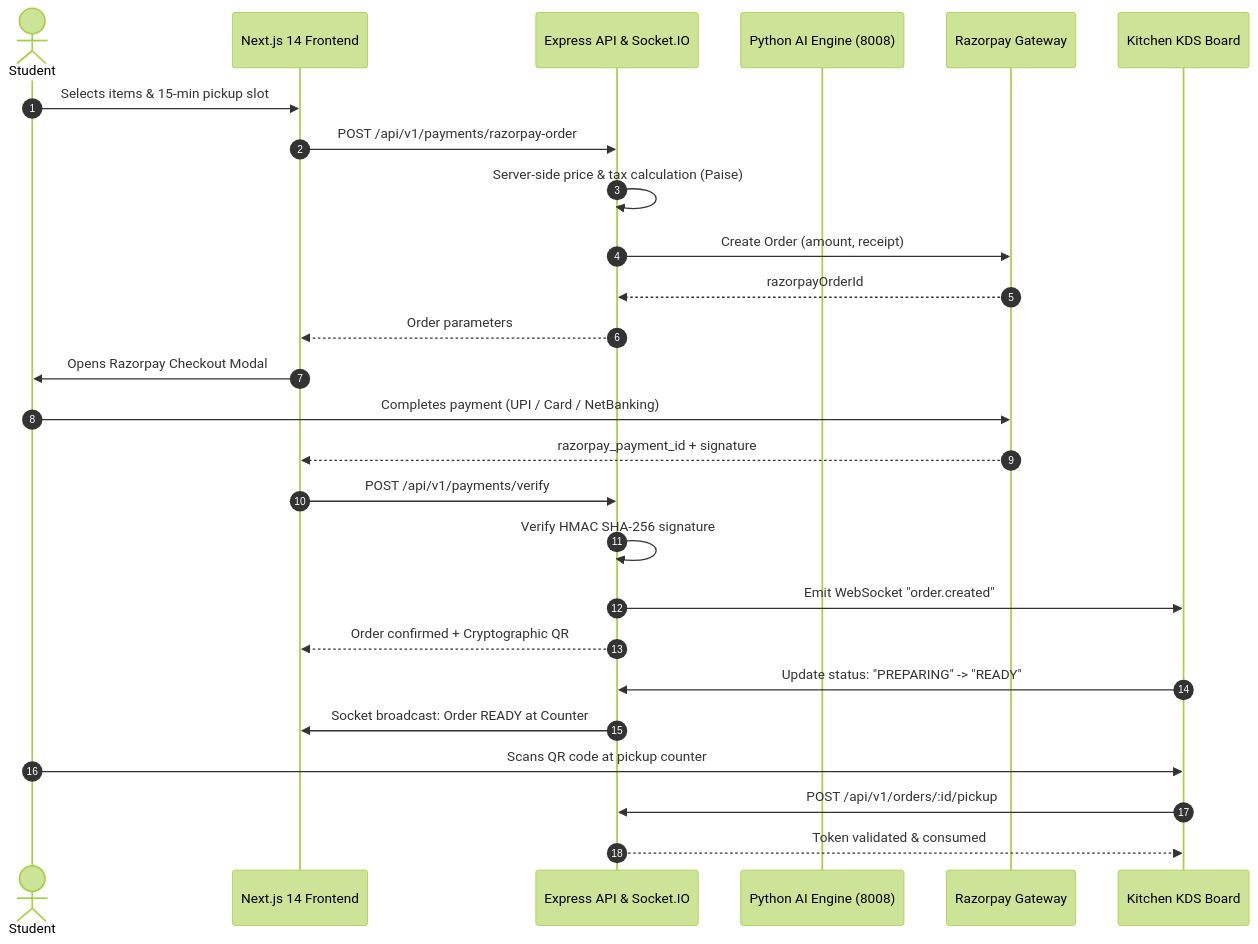
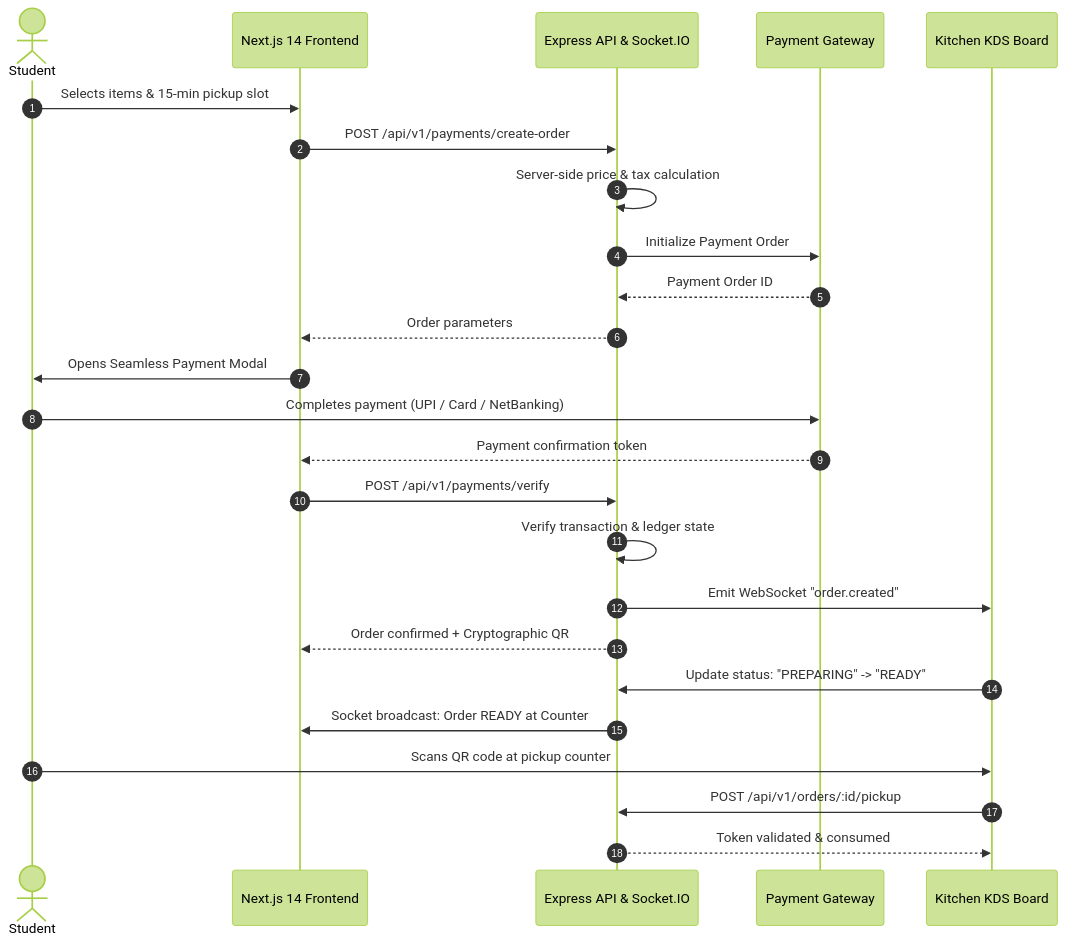
Before and after one commit to imsinghaditya07/CampusBite: the diagram in README.md, drawn with Mermaid (forest theme). The commit also changed other lines of this file, not shown here.

Commit message:
docs: remove razorpay specific section and streamline payment architecture

````diff
--- a/README.md
+++ b/README.md
@@ -85,29 +85,28 @@
 ```mermaid
 sequenceDiagram
     autonumber
     actor Student
     participant Web as Next.js 14 Frontend
     participant API as Express API & Socket.IO
-    participant AI as Python AI Engine (8008)
-    participant RZP as Razorpay Gateway
+    participant Pay as Payment Gateway
     participant KDS as Kitchen KDS Board
 
     Student->>Web: Selects items & 15-min pickup slot
-    Web->>API: POST /api/v1/payments/razorpay-order
-    API->>API: Server-side price & tax calculation (Paise)
-    API->>RZP: Create Order (amount, receipt)
-    RZP-->>API: razorpayOrderId
+    Web->>API: POST /api/v1/payments/create-order
+    API->>API: Server-side price & tax calculation
+    API->>Pay: Initialize Payment Order
+    Pay-->>API: Payment Order ID
     API-->>Web: Order parameters
-    Web->>Student: Opens Razorpay Checkout Modal
-    Student->>RZP: Completes payment (UPI / Card / NetBanking)
-    RZP-->>Web: razorpay_payment_id + signature
+    Web->>Student: Opens Seamless Payment Modal
+    Student->>Pay: Completes payment (UPI / Card / NetBanking)
+    Pay-->>Web: Payment confirmation token
     Web->>API: POST /api/v1/payments/verify
-    API->>API: Verify HMAC SHA-256 signature
+    API->>API: Verify transaction & ledger state
     API->>KDS: Emit WebSocket "order.created"
     API-->>Web: Order confirmed + Cryptographic QR
     KDS->>API: Update status: "PREPARING" -> "READY"
     API->>Web: Socket broadcast: Order READY at Counter
     Student->>KDS: Scans QR code at pickup counter
     KDS->>API: POST /api/v1/orders/:id/pickup
     API-->>KDS: Token validated & consumed
 ```
````
